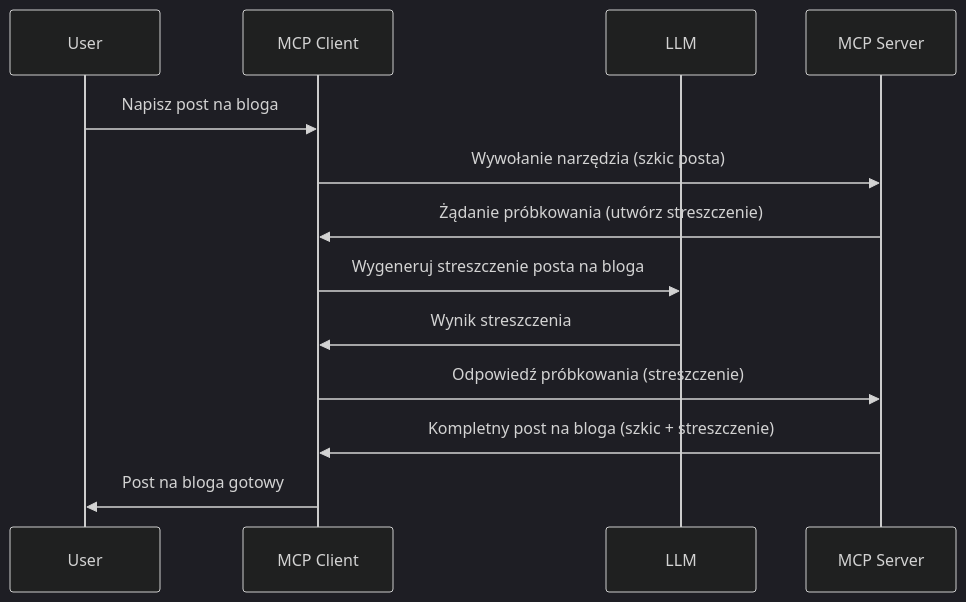
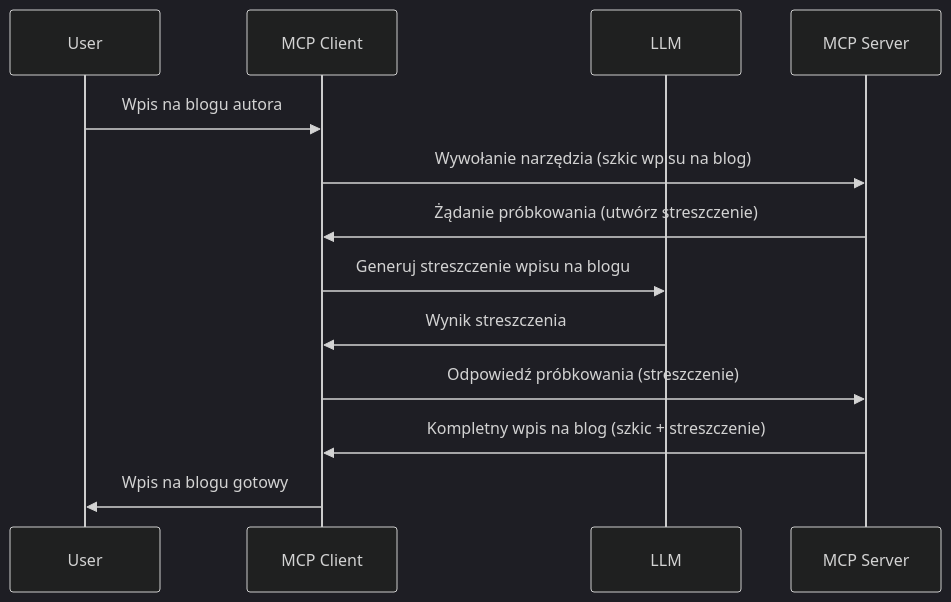
One commit to HIDORAKAI002/ai-workspace-archive changed the diagram in mcp_ecosystem__model_context_protocol/mcp_learning_resources/mcp-for-beginners/translations/pl/03-GettingStarted/14-sampling/README.md. Above: the diagram before and after it, drawn with Mermaid (dark theme). The commit also changed other lines of this file and 5721 other files, not shown here.

Commit message:
chore(sync): update MCP Python SDK, MCP TypeScript SDK, Supabase MCP, Kubernetes MCP Server, Git MCP, MCP Agent, Awesome ChatGPT Prompts, Langfuse, +62 more

````diff
--- a/mcp_ecosystem__model_context_protocol/mcp_learning_resources/mcp-for-beginners/translations/pl/03-GettingStarted/14-sampling/README.md
+++ b/mcp_ecosystem__model_context_protocol/mcp_learning_resources/mcp-for-beginners/translations/pl/03-GettingStarted/14-sampling/README.md
@@ -25,16 +27,16 @@
 ```mermaid
 sequenceDiagram
     participant User
     participant MCP Client
     participant LLM
     participant MCP Server
 
-    User->>MCP Client: Napisz post na bloga
-    MCP Client->>MCP Server: Wywołanie narzędzia (szkic posta)
+    User->>MCP Client: Wpis na blogu autora
+    MCP Client->>MCP Server: Wywołanie narzędzia (szkic wpisu na blog)
     MCP Server->>MCP Client: Żądanie próbkowania (utwórz streszczenie)
-    MCP Client->>LLM: Wygeneruj streszczenie posta na bloga
+    MCP Client->>LLM: Generuj streszczenie wpisu na blogu
     LLM->>MCP Client: Wynik streszczenia
     MCP Client->>MCP Server: Odpowiedź próbkowania (streszczenie)
-    MCP Server->>MCP Client: Kompletny post na bloga (szkic + streszczenie)
-    MCP Client->>User: Post na bloga gotowy
+    MCP Server->>MCP Client: Kompletny wpis na blog (szkic + streszczenie)
+    MCP Client->>User: Wpis na blogu gotowy
 ```
````
